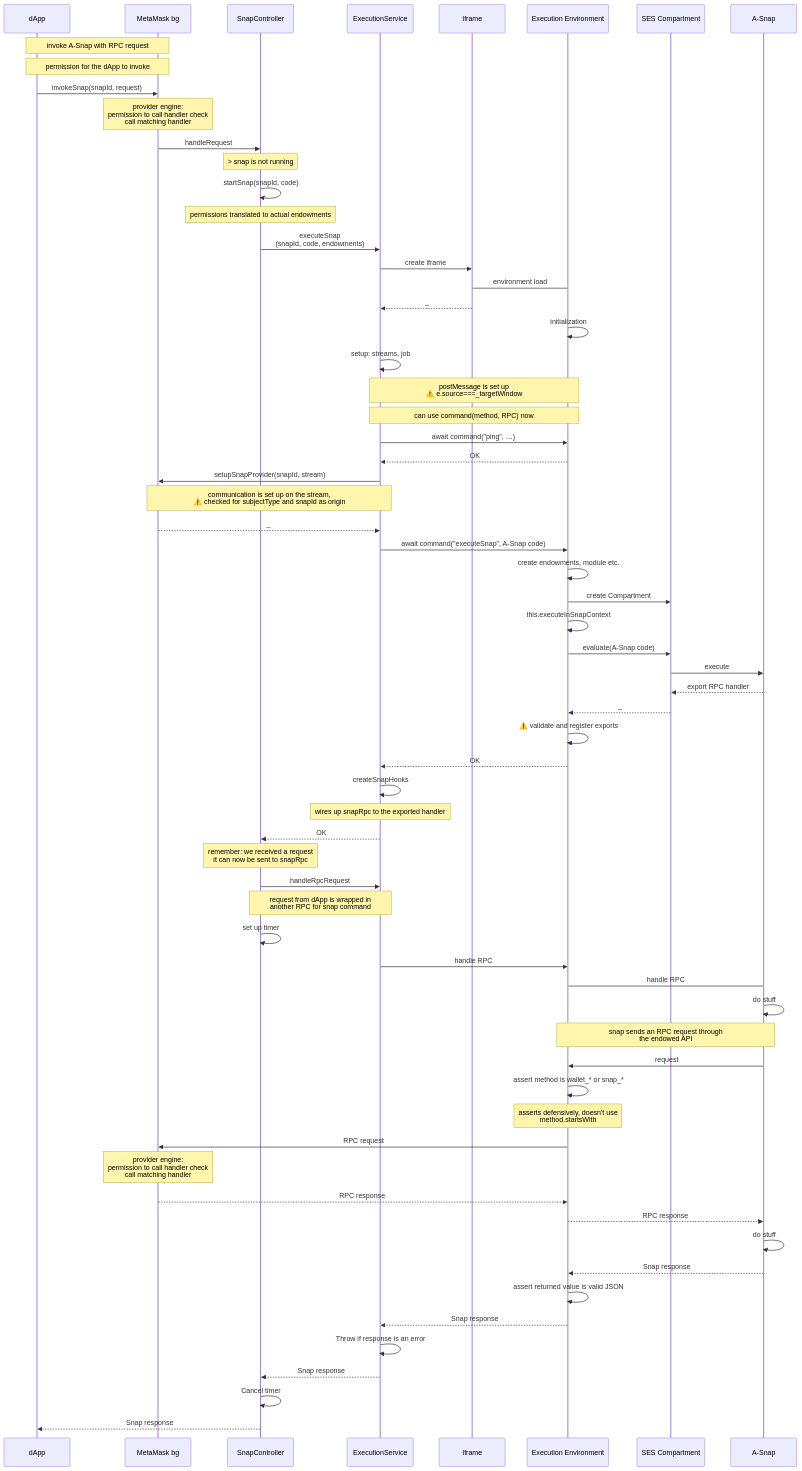
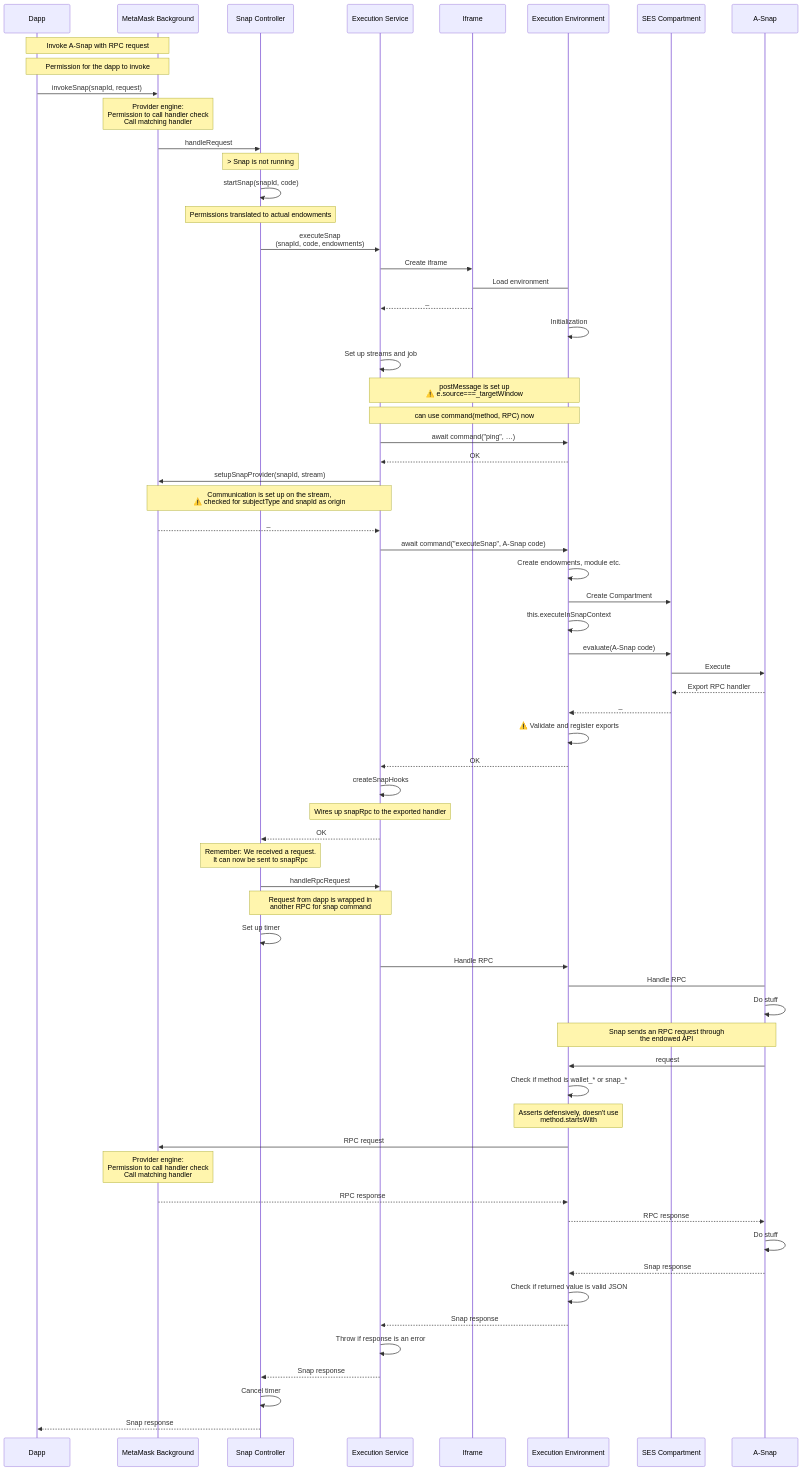
The diagram in diagram.md (MetaMask/snaps), drawn with Mermaid before and after one commit. The commit also changed other lines of this file, not shown here.

Commit message:
Apply suggestions from code review

````diff
--- a/diagram.md
+++ b/diagram.md
@@ -4,82 +4,82 @@
 ```mermaid
 
 sequenceDiagram
-  participant d as dApp
-  participant mm as MetaMask bg
-  participant sc as SnapController
-  participant ex as ExecutionService
+  participant d as Dapp
+  participant mm as MetaMask Background
+  participant sc as Snap Controller
+  participant ex as Execution Service
   participant i as Iframe
   participant exe as Execution Environment
   participant ses as SES Compartment
   participant s as A-Snap
 
-  Note over d,mm: invoke A-Snap with RPC request
-  Note over d,mm: permission for the dApp to invoke
+  Note over d,mm: Invoke A-Snap with RPC request
+  Note over d,mm: Permission for the dapp to invoke
   d->>mm: invokeSnap(snapId, request)
-  Note over mm: provider engine:<br>permission to call handler check<br>call matching handler
+  Note over mm: Provider engine:<br>Permission to call handler check<br>Call matching handler
 
   mm->>sc: handleRequest
 
-  Note over sc: > snap is not running
+  Note over sc: > Snap is not running
   sc->>sc: startSnap(snapId, code)
-  Note over sc: permissions translated to actual endowments
+  Note over sc: Permissions translated to actual endowments
 
   sc->>ex: executeSnap<br>(snapId, code, endowments)
-  ex->>i: create iframe
-  i->exe: environment load
+  ex->>i: Create iframe
+  i->exe: Load environment
   i-->>ex: _
-  exe->>exe: initialization
-  ex->>ex: setup: streams, job
+  exe->>exe: Initialization
+  ex->>ex: Set up streams and job
   Note over ex,exe: postMessage is set up<br>⚠️ e.source===_targetWindow
   Note over ex, exe: can use command(method, RPC) now
   ex->>exe: await command("ping", …)
   exe-->>ex: OK
   ex->>mm: setupSnapProvider(snapId, stream)
-  Note over mm,ex: communication is set up on the stream, <br>⚠️ checked for subjectType and snapId as origin
+  Note over mm,ex: Communication is set up on the stream, <br>⚠️ checked for subjectType and snapId as origin
   mm-->>ex: _
   ex->>exe: await command("executeSnap", A-Snap code)
-  exe->>exe: create endowments, module etc.
-  exe->>ses: create Compartment
+  exe->>exe: Create endowments, module etc.
+  exe->>ses: Create Compartment
   exe->>exe: this.executeInSnapContext
   exe->>ses: evaluate(A-Snap code)
-  ses->>s: execute
-  s-->>ses: export RPC handler
+  ses->>s: Execute
+  s-->>ses: Export RPC handler
   ses-->>exe: _
-  exe->>exe: ⚠️ validate and register exports
+  exe->>exe: ⚠️ Validate and register exports
   exe-->>ex: OK
   ex->>ex: createSnapHooks
-  Note over ex: wires up snapRpc to the exported handler
+  Note over ex: Wires up snapRpc to the exported handler
   ex-->>sc: OK
 
-  Note over sc: remember: we received a request<br>it can now be sent to snapRpc
+  Note over sc: Remember: We received a request.<br>It can now be sent to snapRpc
 
   sc->>ex: handleRpcRequest
-  Note over sc,ex: request from dApp is wrapped in<br>another RPC for snap command
-  sc->>sc: set up timer
-  ex->>exe: handle RPC
-  exe->s: handle RPC
-  s->>s: do stuff
+  Note over sc,ex: Request from dapp is wrapped in<br>another RPC for snap command
+  sc->>sc: Set up timer
+  ex->>exe: Handle RPC
+  exe->s: Handle RPC
+  s->>s: Do stuff
 
-  Note over exe,s: snap sends an RPC request through<br> the endowed API
+  Note over exe,s: Snap sends an RPC request through<br> the endowed API
   s->>exe: request
-  exe->>exe: assert method is wallet_* or snap_*
-  Note over exe: asserts defensively, doesn't use<br>method.startsWith
+  exe->>exe: Check if method is wallet_* or snap_*
+  Note over exe: Asserts defensively, doesn't use<br>method.startsWith
   exe->>mm: RPC request
-  Note over mm: provider engine:<br>permission to call handler check<br>call matching handler
+  Note over mm: Provider engine:<br>Permission to call handler check<br>Call matching handler
   mm-->>exe: RPC response
   exe-->>s: RPC response
 
-  s->>s: do stuff
+  s->>s: Do stuff
   
   s-->>exe: Snap response
-  exe->>exe: assert returned value is valid JSON
+  exe->>exe: Check if returned value is valid JSON
   
   exe-->>ex: Snap response
   ex->>ex: Throw if response is an error
   
   ex-->>sc: Snap response
   sc->>sc: Cancel timer
 
   sc-->>d: Snap response
 
 ```
````
